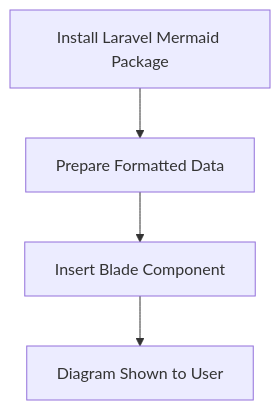
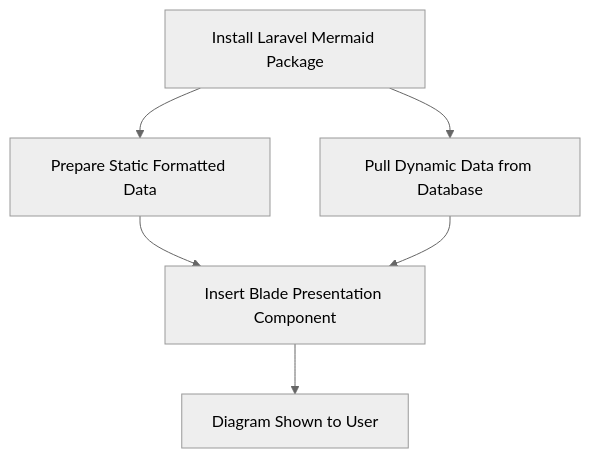
Before and after one commit to icehouse-ventures/laravel-mermaid: the first of 6 diagrams in README.md, drawn with Mermaid.

````diff
--- a/README.md
+++ b/README.md
@@ -7,7 +7,14 @@
 ```mermaid
+%%{init: {'theme': 'neutral' } }%%
   graph TD;
-      1[Install Laravel Mermaid Package]-->2;
-      2[Prepare Formatted Data]-->3;
-      3[Insert Blade Component]-->4;
-      4[Diagram Shown to User];
+      1[Install Laravel Mermaid Package];
+      2[Prepare Static Formatted Data];
+      3[Pull Dynamic Data from Database];
+      4[Insert Blade Presentation Component];
+      5[Diagram Shown to User];
+      1 --> 2;
+      1 --> 3;
+      2 --> 4;
+      3 --> 4;
+      4 --> 5;
 ```
````
